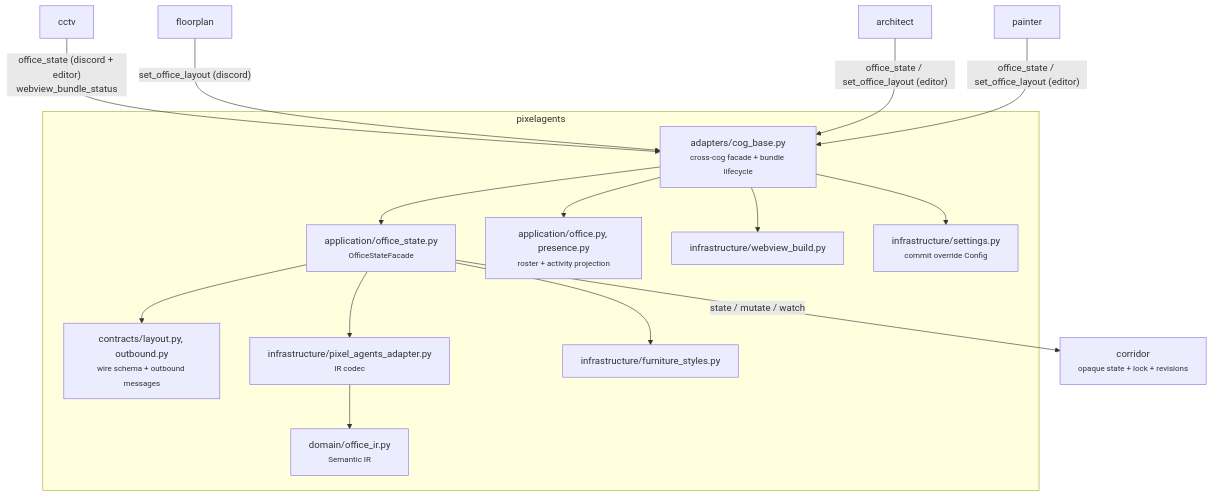
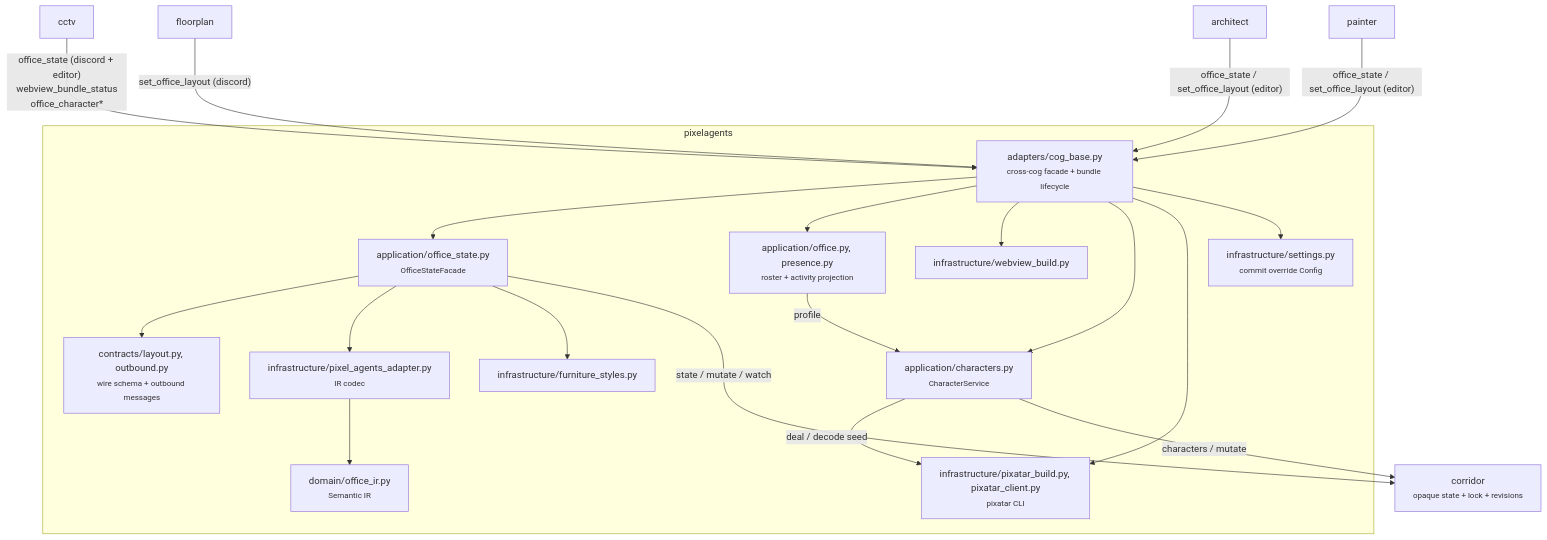
The first of 3 diagrams in pixelagents/Architecture.md (pixel-agents-hq/pixel-agents-cogs), drawn with Mermaid before and after one commit. The commit also changed other lines of this file and 44 other files, not shown here.

First line of the commit message:
feat(cctv,pixelagents): pixatar characters dealt from Discord ids, set by seed (#98)

````diff
--- a/pixelagents/Architecture.md
+++ b/pixelagents/Architecture.md
@@ -19,31 +19,38 @@
 ```mermaid
 flowchart TB
     subgraph pixelagents
         adapters["adapters/cog_base.py<br/><small>cross-cog facade + bundle lifecycle</small>"]
         appstate["application/office_state.py<br/><small>OfficeStateFacade</small>"]
         approster["application/office.py, presence.py<br/><small>roster + activity projection</small>"]
+        appchars["application/characters.py<br/><small>CharacterService</small>"]
         domain["domain/office_ir.py<br/><small>Semantic IR</small>"]
         contracts["contracts/layout.py, outbound.py<br/><small>wire schema + outbound messages</small>"]
         codec["infrastructure/pixel_agents_adapter.py<br/><small>IR codec</small>"]
         styles["infrastructure/furniture_styles.py"]
         build["infrastructure/webview_build.py"]
+        pixatar["infrastructure/pixatar_build.py, pixatar_client.py<br/><small>pixatar CLI</small>"]
         settings["infrastructure/settings.py<br/><small>commit override Config</small>"]
     end
 
     corridor["corridor<br/><small>opaque state + lock + revisions</small>"]
 
     adapters --> appstate
     adapters --> approster
     adapters --> build
+    adapters --> appchars
+    adapters --> pixatar
+    approster -->|profile| appchars
+    appchars -->|deal / decode seed| pixatar
+    appchars -->|characters / mutate| corridor
     adapters --> settings
     appstate --> contracts
     appstate --> codec
     appstate --> styles
     codec --> domain
     appstate -->|state / mutate / watch| corridor
 
-    cctv["cctv"] -->|"office_state (discord + editor)<br/>webview_bundle_status"| adapters
+    cctv["cctv"] -->|"office_state (discord + editor)<br/>webview_bundle_status<br/>office_character*"| adapters
     floorplan["floorplan"] -->|"set_office_layout (discord)"| adapters
     architect["architect"] -->|"office_state / set_office_layout (editor)"| adapters
     painter["painter"] -->|"office_state / set_office_layout (editor)"| adapters
 ```
````
